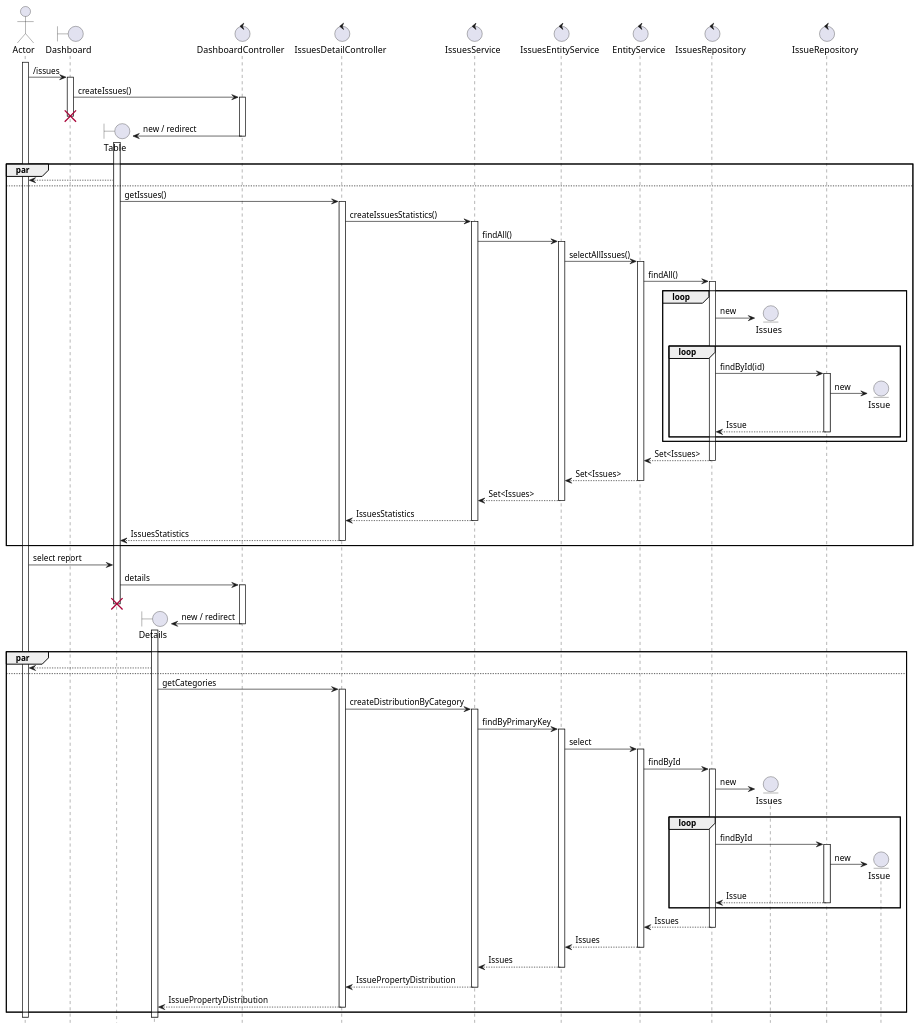
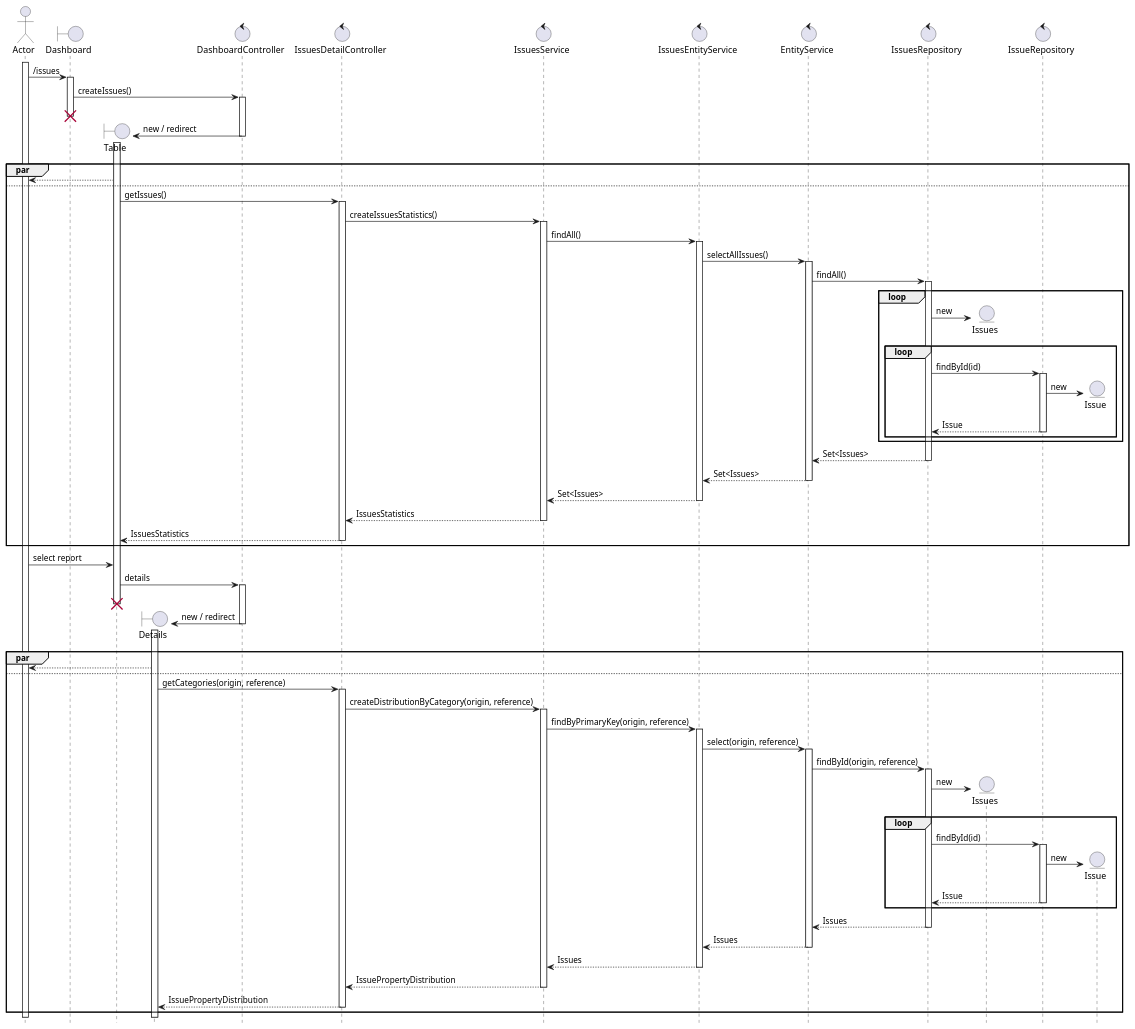
Before and after one commit to uhafner/static-analysis-dashboard: the diagram in doc/assignment4/details.puml, drawn with PlantUML.

Commit message:
Added parameters for methods.

```diff
--- a/doc/assignment4/details.puml
+++ b/doc/assignment4/details.puml
@@ -1,142 +1,142 @@
 @startuml
 
 hide footbox
 
 actor Actor
 activate Actor
 
 boundary Dashboard
 boundary Table
 boundary Details
 
 control DashboardController
 control IssuesDetailController
 control IssuesService
 control IssuesEntityService
 control EntityService
 control IssuesRepository
 entity Issues
 control IssueRepository
 entity Issue
 
 Actor -> Dashboard: /issues
 activate Dashboard
 
 Dashboard -> DashboardController : createIssues()
 activate DashboardController
 destroy Dashboard
 
 create Table
 DashboardController -> Table: new / redirect
 activate Table
 deactivate DashboardController
 
 par
 
     Actor <-- Table
 
 else 
 
     Table -> IssuesDetailController : getIssues()
     activate IssuesDetailController
     IssuesDetailController -> IssuesService : createIssuesStatistics()
     activate IssuesService
     
     IssuesService -> IssuesEntityService : findAll()
     activate IssuesEntityService
     
     IssuesEntityService -> EntityService : selectAllIssues()
     activate EntityService
     
     EntityService -> IssuesRepository : findAll()
     activate IssuesRepository
     
     loop
         create Issues
         IssuesRepository -> Issues : new
         
         loop
             IssuesRepository -> IssueRepository : findById(id)
             activate IssueRepository
             create Issue
             IssueRepository -> Issue : new
             IssuesRepository <-- IssueRepository : Issue
             deactivate IssueRepository
         end
     
     end
     EntityService <-- IssuesRepository : Set<Issues>
     deactivate IssuesRepository
     
     IssuesEntityService <-- EntityService : Set<Issues>
     deactivate EntityService
     
     IssuesService <-- IssuesEntityService : Set<Issues>
     deactivate IssuesEntityService
     
     IssuesDetailController <-- IssuesService : IssuesStatistics
     deactivate IssuesService
     Table <-- IssuesDetailController : IssuesStatistics
     deactivate IssuesDetailController
 end
 
 Actor -> Table: select report
 
 Table -> DashboardController : details
 activate DashboardController
 destroy Table
 
 create Details
 DashboardController -> Details: new / redirect
 activate Details
 deactivate DashboardController
 
 par
 
     Actor <-- Details
 
 else 
 
-    Details -> IssuesDetailController : getCategories
+    Details -> IssuesDetailController : getCategories(origin, reference)
     activate IssuesDetailController
     
-    IssuesDetailController -> IssuesService : createDistributionByCategory
+    IssuesDetailController -> IssuesService : createDistributionByCategory(origin, reference)
     activate IssuesService
     
-    IssuesService -> IssuesEntityService : findByPrimaryKey
+    IssuesService -> IssuesEntityService : findByPrimaryKey(origin, reference)
     activate IssuesEntityService
     
-    IssuesEntityService -> EntityService : select
+    IssuesEntityService -> EntityService : select(origin, reference)
     activate EntityService
     
-    EntityService -> IssuesRepository : findById
+    EntityService -> IssuesRepository : findById(origin, reference)
     activate IssuesRepository
     
     create Issues
     IssuesRepository -> Issues : new
         loop
-            IssuesRepository -> IssueRepository : findById
+            IssuesRepository -> IssueRepository : findById(id)
             activate IssueRepository
             create Issue
             IssueRepository -> Issue : new
             IssuesRepository <-- IssueRepository : Issue
             deactivate IssueRepository
         end
     EntityService <-- IssuesRepository : Issues
     
     deactivate IssuesRepository
     
     IssuesEntityService <-- EntityService : Issues
     deactivate EntityService
     
     IssuesService <-- IssuesEntityService : Issues
     deactivate IssuesEntityService
     
     IssuesDetailController <-- IssuesService : IssuePropertyDistribution
     deactivate IssuesService
     Details <-- IssuesDetailController : IssuePropertyDistribution
     deactivate IssuesDetailController
 end
 
 
 @enduml
```
